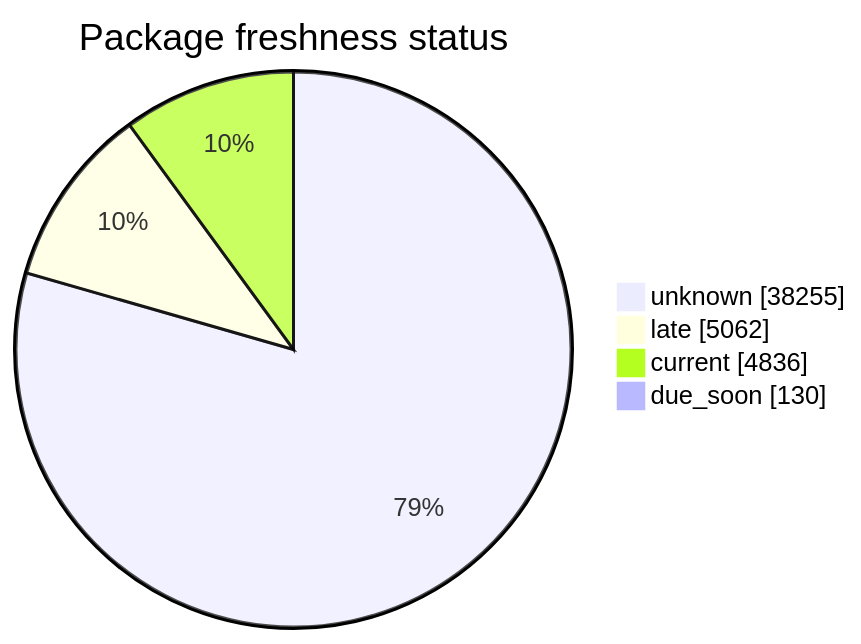
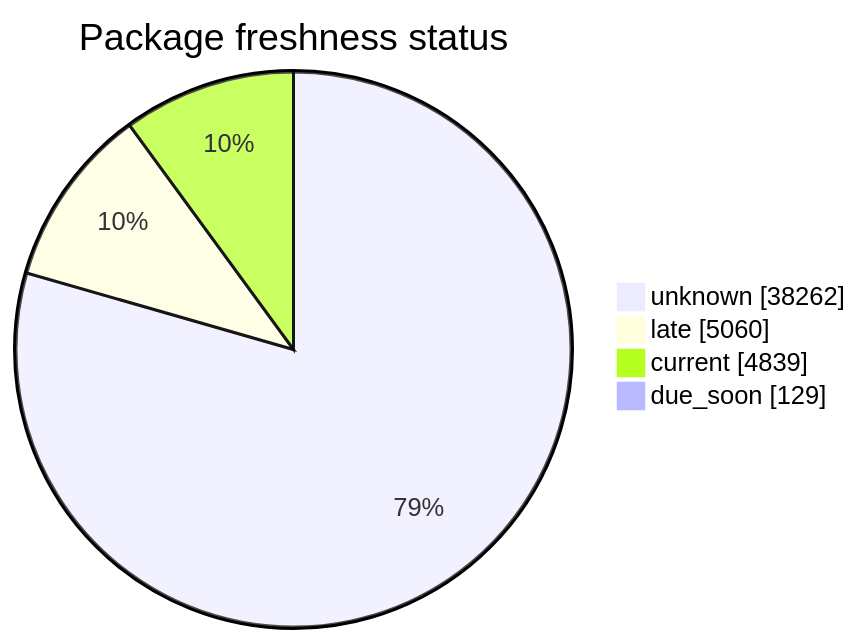
The second of 5 diagrams in FreshCheck/README.md (open-data/analytics-corporate-reporting), drawn with Mermaid before and after one commit. The commit also changed other lines of this file and 3 other files, not shown here.

````diff
--- a/FreshCheck/README.md
+++ b/FreshCheck/README.md
@@ -68,7 +68,7 @@
 ```mermaid
 pie showData title Package freshness status
-    "unknown": 38255
-    "late": 5062
-    "current": 4836
-    "due_soon": 130
+    "unknown": 38262
+    "late": 5060
+    "current": 4839
+    "due_soon": 129
 ```
````
